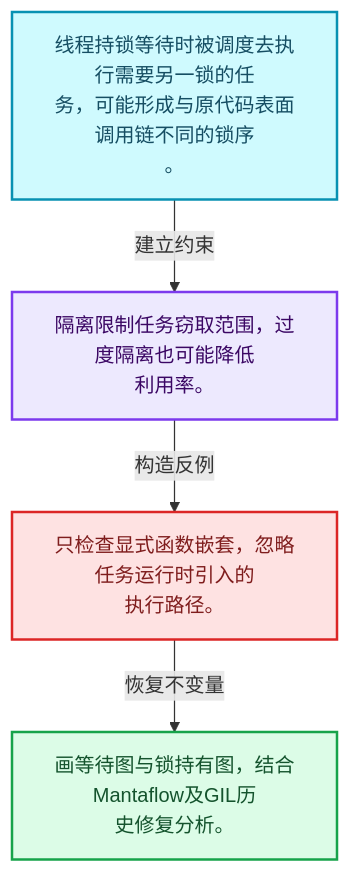
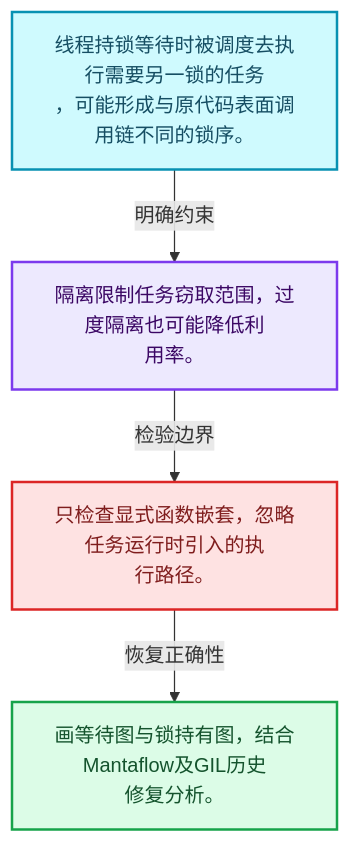
Before and after one commit to yunkezengren/blender-.vscode: the first of 4 diagrams in 杂/markdown/全面学习-codex/11-Depsgraph与并行任务系统/08-任务隔离死锁与实战.md, drawn with Mermaid. The commit also changed other lines of this file and 1930 other files, not shown here.

````diff
--- a/杂/markdown/全面学习-codex/11-Depsgraph与并行任务系统/08-任务隔离死锁与实战.md
+++ b/杂/markdown/全面学习-codex/11-Depsgraph与并行任务系统/08-任务隔离死锁与实战.md
@@ -29,16 +29,16 @@
 ```mermaid
 flowchart TB
-  M["线程持锁等待时被调度去执行需要另一锁的任<br/>务，可能形成与原代码表面调用链不同的锁序<br/>。"]:::data
-  T["隔离限制任务窃取范围，过度隔离也可能降低<br/>利用率。"]:::abstraction
-  X["只检查显式函数嵌套，忽略任务运行时引入的<br/>执行路径。"]:::error
-  A["画等待图与锁持有图，结合Mantaflow及GIL历<br/>史修复分析。"]:::result
-  M -->|"建立约束"| T
-  T -->|"构造反例"| X
-  X -->|"恢复不变量"| A
+  M["线程持锁等待时被调度去执行需要另一锁的任务<br/>，可能形成与原代码表面调用链不同的锁序。"]:::data
+  C["隔离限制任务窃取范围，过度隔离也可能降低利<br/>用率。"]:::abstraction
+  B["只检查显式函数嵌套，忽略任务运行时引入的执<br/>行路径。"]:::error
+  R["画等待图与锁持有图，结合Mantaflow及GIL历史<br/>修复分析。"]:::result
+  M -->|"明确约束"| C
+  C -->|"检验边界"| B
+  B -->|"恢复正确性"| R
   classDef input fill:#DBEAFE,stroke:#2563EB,color:#172554,stroke-width:2px;
   classDef data fill:#CFFAFE,stroke:#0891B2,color:#164E63,stroke-width:2px;
   classDef abstraction fill:#EDE9FE,stroke:#7C3AED,color:#3B0764,stroke-width:2px;
   classDef compute fill:#FEF3C7,stroke:#D97706,color:#78350F,stroke-width:2px;
   classDef result fill:#DCFCE7,stroke:#16A34A,color:#14532D,stroke-width:2px;
   classDef error fill:#FEE2E2,stroke:#DC2626,color:#7F1D1D,stroke-width:2px;
 ```
````
